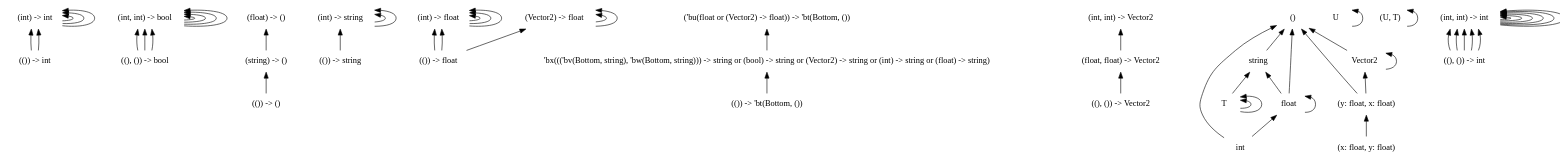
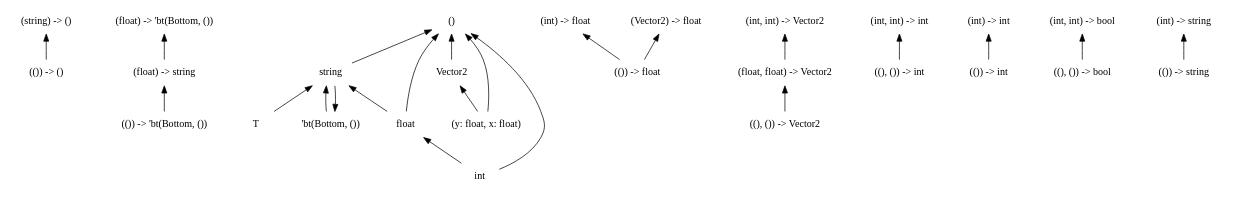
One commit to chocobo333/regino changed the diagram in dots/0.dot. Above: the diagram before and after it, drawn with Graphviz. The commit also changed 40 other files, not shown here.

```diff
--- a/dots/0.dot
+++ b/dots/0.dot
@@ -1,98 +1,60 @@
 digraph order {
   graph [
     size = "30,10"
     ];
   node [
     shape = none
     ];
   edge [
     dir = back
     ];
-  "(()) -> int"
-  "(int) -> int"
-  "((), ()) -> bool"
-  "(int, int) -> bool"
+  "(string) -> ()"
   "(()) -> ()"
-  "(string) -> ()"
-  "(()) -> string"
-  "(int) -> string"
-  "(()) -> float"
-  "(int) -> float"
-  "(()) -> 'bt(Bottom, ())"
-  "(Vector2) -> float"
-  "((), ()) -> Vector2"
-  "(float, float) -> Vector2"
-  "(float) -> ()"
+  "(float) -> 'bt(Bottom, ())"
   "string"
   "Vector2"
-  "('bu(float or (Vector2) -> float)) -> 'bt(Bottom, ())"
+  "(()) -> float"
+  "T"
+  "((), ()) -> Vector2"
   "(int, int) -> Vector2"
+  "((), ()) -> int"
+  "(int) -> int"
+  "(int, int) -> int"
+  "()"
+  "(int, int) -> bool"
+  "(float, float) -> Vector2"
+  "(()) -> 'bt(Bottom, ())"
+  "(float) -> string"
+  "(()) -> string"
+  "(int) -> float"
+  "(Vector2) -> float"
+  "'bt(Bottom, ())"
   "(y: float, x: float)"
-  "T"
-  "U"
-  "T"
-  "T"
-  "()"
-  "(U, T)"
-  "'bx((('bv(Bottom, string), 'bw(Bottom, string))) -> string or (bool) -> string or (Vector2) -> string or (int) -> string or (float) -> string)"
+  "(int) -> string"
   "float"
+  "(()) -> int"
   "int"
-  "((), ()) -> int"
-  "(int, int) -> int"
-  "(float, float) -> Vector2" -> "((), ()) -> Vector2"
+  "((), ()) -> bool"
+  "(string) -> ()" -> "(()) -> ()"
+  "(float) -> 'bt(Bottom, ())" -> "(float) -> string"
+  "string" -> "T"
+  "string" -> "'bt(Bottom, ())"
+  "string" -> "float"
+  "Vector2" -> "(y: float, x: float)"
   "(int, int) -> Vector2" -> "(float, float) -> Vector2"
+  "(int) -> int" -> "(()) -> int"
   "(int, int) -> int" -> "((), ()) -> int"
-  "(int, int) -> int" -> "((), ()) -> int"
-  "(int, int) -> int" -> "((), ()) -> int"
-  "(int, int) -> int" -> "(int, int) -> int"
-  "(int, int) -> int" -> "((), ()) -> int"
-  "(int, int) -> int" -> "((), ()) -> int"
-  "(int, int) -> int" -> "(int, int) -> int"
-  "(int) -> int" -> "(int) -> int"
-  "(int) -> int" -> "(()) -> int"
-  "(int) -> int" -> "(()) -> int"
-  "(int) -> int" -> "(int) -> int"
-  "(int, int) -> int" -> "(int, int) -> int"
-  "(int) -> int" -> "(int) -> int"
-  "(int, int) -> int" -> "(int, int) -> int"
-  "(int, int) -> bool" -> "((), ()) -> bool"
-  "(int, int) -> bool" -> "(int, int) -> bool"
-  "(int, int) -> bool" -> "((), ()) -> bool"
-  "(int, int) -> bool" -> "((), ()) -> bool"
-  "(int, int) -> bool" -> "(int, int) -> bool"
-  "(int, int) -> bool" -> "(int, int) -> bool"
-  "(int) -> string" -> "(()) -> string"
-  "(int) -> string" -> "(int) -> string"
-  "(int) -> string" -> "(int) -> string"
-  "(string) -> ()" -> "(()) -> ()"
-  "string" -> "T"
-  "string" -> "float"
-  "Vector2" -> "Vector2"
-  "Vector2" -> "(y: float, x: float)"
-  "(float) -> ()" -> "(string) -> ()"
-  "(int, int) -> bool" -> "(int, int) -> bool"
-  "(int, int) -> int" -> "(int, int) -> int"
-  "(int, int) -> int" -> "(int, int) -> int"
-  "(int) -> float" -> "(()) -> float"
-  "(int) -> float" -> "(()) -> float"
-  "(int) -> float" -> "(int) -> float"
-  "(int) -> float" -> "(int) -> float"
-  "(int) -> float" -> "(int) -> float"
-  "('bu(float or (Vector2) -> float)) -> 'bt(Bottom, ())" -> "'bx((('bv(Bottom, string), 'bw(Bottom, string))) -> string or (bool) -> string or (Vector2) -> string or (int) -> string or (float) -> string)"
-  "(y: float, x: float)" -> "(x: float, y: float)"
-  "T" -> "T"
-  "U" -> "U"
-  "T" -> "T"
   "()" -> "string"
   "()" -> "Vector2"
   "()" -> "(y: float, x: float)"
   "()" -> "float"
   "()" -> "int"
-  "(U, T)" -> "(U, T)"
-  "'bx((('bv(Bottom, string), 'bw(Bottom, string))) -> string or (bool) -> string or (Vector2) -> string or (int) -> string or (float) -> string)" -> "(()) -> 'bt(Bottom, ())"
-  "float" -> "float"
+  "(int, int) -> bool" -> "((), ()) -> bool"
+  "(float, float) -> Vector2" -> "((), ()) -> Vector2"
+  "(float) -> string" -> "(()) -> 'bt(Bottom, ())"
+  "(int) -> float" -> "(()) -> float"
+  "(Vector2) -> float" -> "(()) -> float"
+  "'bt(Bottom, ())" -> "string"
+  "(int) -> string" -> "(()) -> string"
   "float" -> "int"
-  "(Vector2) -> float" -> "(()) -> float"
-  "(Vector2) -> float" -> "(Vector2) -> float"
-  "(Vector2) -> float" -> "(Vector2) -> float"
 }
```
